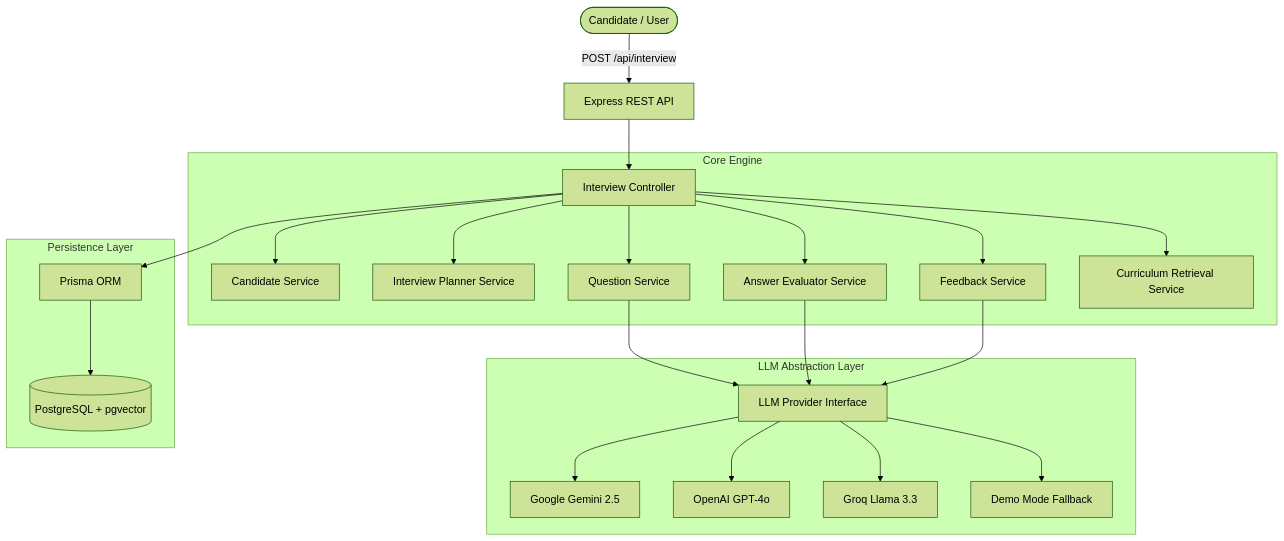
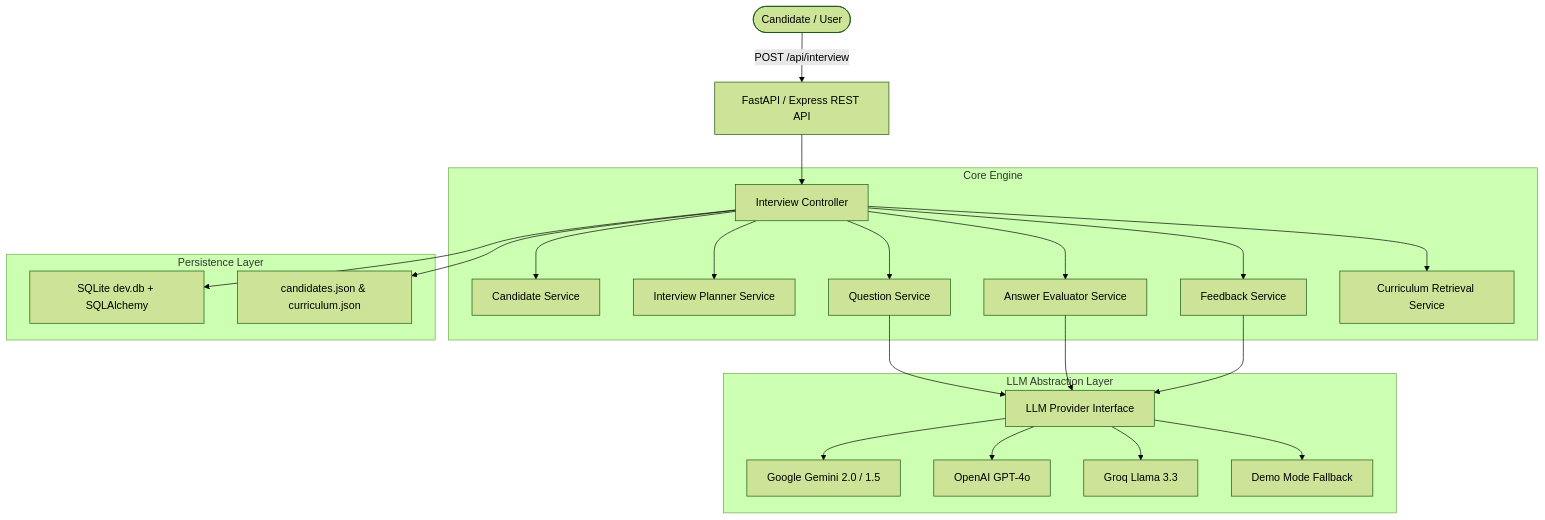
The first of 2 diagrams in README.md (ajitkumarsaini02/AI-Interview), drawn with Mermaid (forest theme) before and after one commit. The commit also changed other lines of this file and 9 other files, not shown here.

````diff
--- a/README.md
+++ b/README.md
@@ -21,27 +46,27 @@
 ```mermaid
 graph TD
-    User([Candidate / User]) -->|POST /api/interview| API[Express REST API]
+    User([Candidate / User]) -->|POST /api/interview| API[FastAPI / Express REST API]
     API --> Controller[Interview Controller]
     
     subgraph Core Engine
         Controller --> CandidateSvc[Candidate Service]
         Controller --> PlannerSvc[Interview Planner Service]
         Controller --> QuestionSvc[Question Service]
         Controller --> EvaluatorSvc[Answer Evaluator Service]
         Controller --> FeedbackSvc[Feedback Service]
         Controller --> RetrievalSvc[Curriculum Retrieval Service]
     end
 
     subgraph LLM Abstraction Layer
         QuestionSvc & EvaluatorSvc & FeedbackSvc --> Provider[LLM Provider Interface]
-        Provider --> Gemini[Google Gemini 2.5]
+        Provider --> Gemini[Google Gemini 2.0 / 1.5]
         Provider --> OpenAI[OpenAI GPT-4o]
         Provider --> Groq[Groq Llama 3.3]
         Provider --> Demo[Demo Mode Fallback]
     end
 
     subgraph Persistence Layer
-        Controller --> Prisma[Prisma ORM]
-        Prisma --> DB[(PostgreSQL + pgvector)]
+        Controller --> SQLAlchemy[SQLite dev.db + SQLAlchemy]
+        Controller --> JSONStore[candidates.json & curriculum.json]
     end
 ```
````
